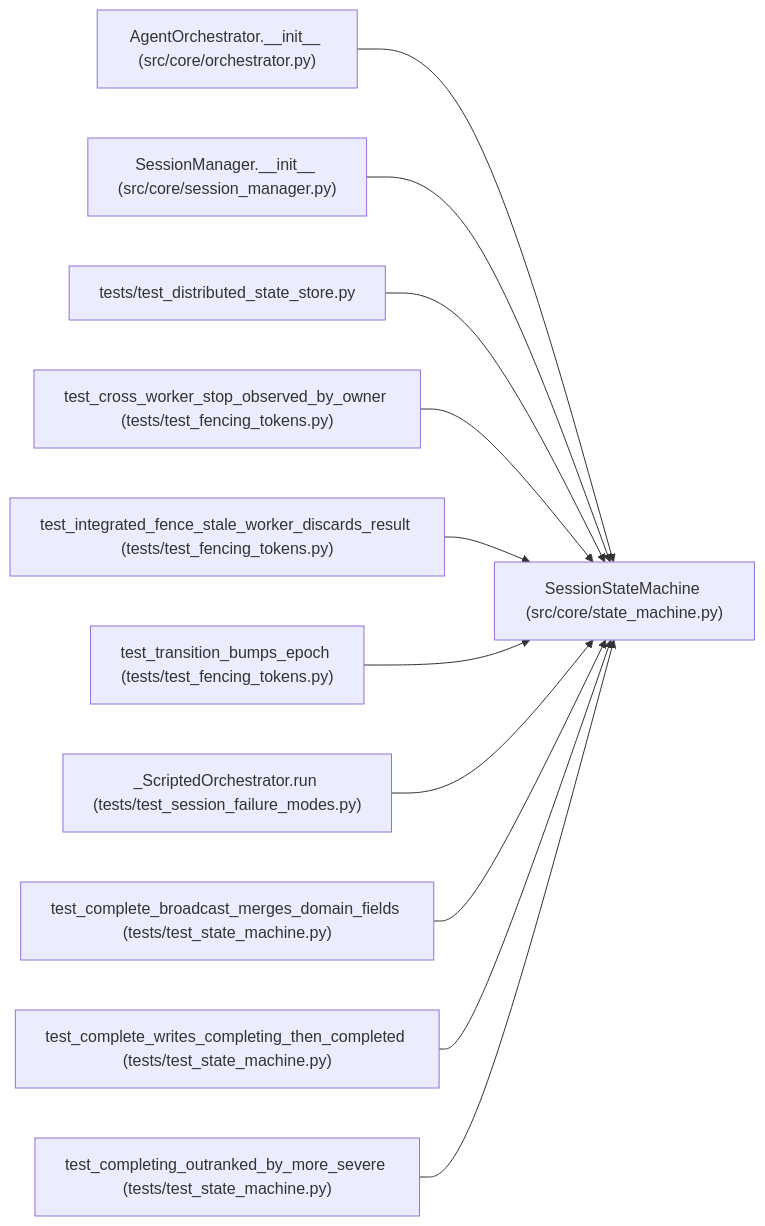
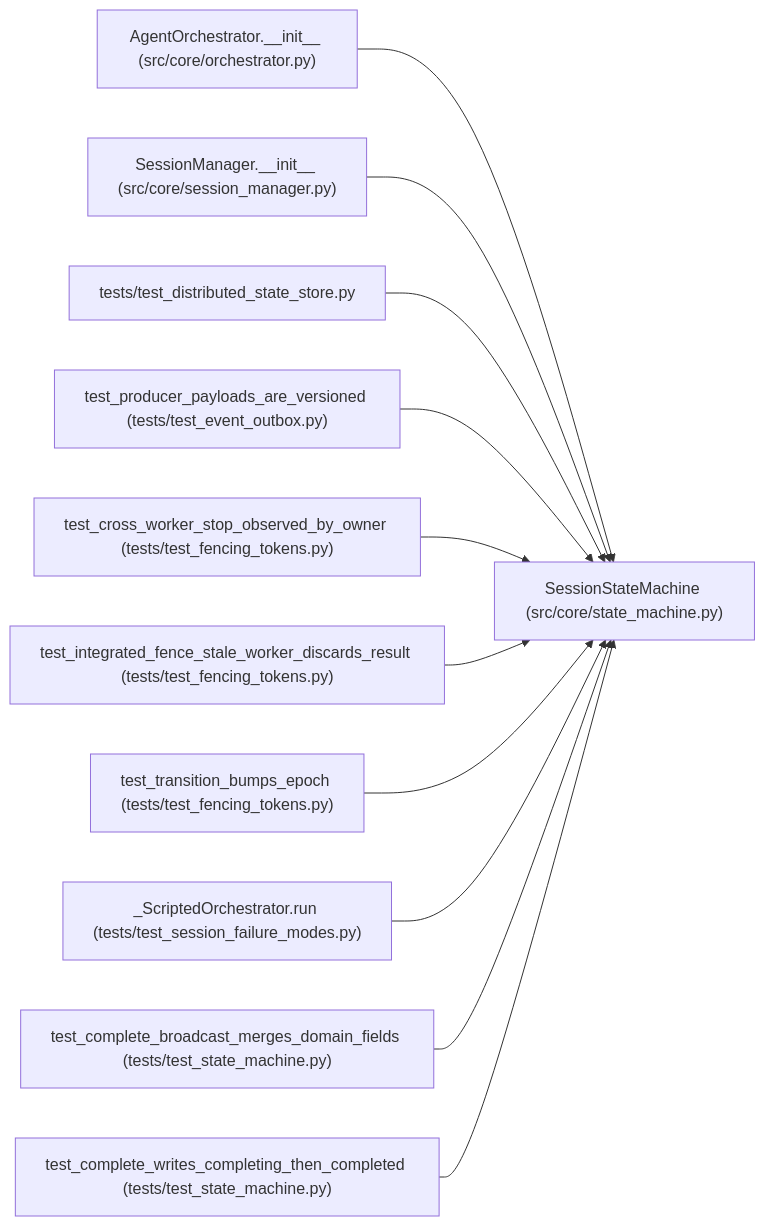
The diagram in docs/llm_wiki/entities/SessionStateMachine.md (Denissvgn/autoresearch-agent), drawn with Mermaid before and after one commit. The commit also changed other lines of this file and 1033 other files, not shown here.

````diff
--- a/docs/llm_wiki/entities/SessionStateMachine.md
+++ b/docs/llm_wiki/entities/SessionStateMachine.md
@@ -34,35 +34,35 @@
 ```mermaid
 flowchart LR
     n0["SessionStateMachine (src/core/state_machine.py)"]
     n1["AgentOrchestrator.__init__ (src/core/orchestrator.py)"]
     n2["SessionManager.__init__ (src/core/session_manager.py)"]
     n3["tests/test_distributed_state_store.py"]
-    n4["test_cross_worker_stop_observed_by_owner (tests/test_fencing_tokens.py)"]
-    n5["test_integrated_fence_stale_worker_discards_result (tests/test_fencing_tokens.py)"]
-    n6["test_transition_bumps_epoch (tests/test_fencing_tokens.py)"]
-    n7["_ScriptedOrchestrator.run (tests/test_session_failure_modes.py)"]
-    n8["test_complete_broadcast_merges_domain_fields (tests/test_state_machine.py)"]
-    n9["test_complete_writes_completing_then_completed (tests/test_state_machine.py)"]
-    n10["test_completing_outranked_by_more_severe (tests/test_state_machine.py)"]
+    n4["test_producer_payloads_are_versioned (tests/test_event_outbox.py)"]
+    n5["test_cross_worker_stop_observed_by_owner (tests/test_fencing_tokens.py)"]
+    n6["test_integrated_fence_stale_worker_discards_result (tests/test_fencing_tokens.py)"]
+    n7["test_transition_bumps_epoch (tests/test_fencing_tokens.py)"]
+    n8["_ScriptedOrchestrator.run (tests/test_session_failure_modes.py)"]
+    n9["test_complete_broadcast_merges_domain_fields (tests/test_state_machine.py)"]
+    n10["test_complete_writes_completing_then_completed (tests/test_state_machine.py)"]
     n1 --> n0
     n2 --> n0
     n3 --> n0
     n4 --> n0
     n5 --> n0
     n6 --> n0
     n7 --> n0
     n8 --> n0
     n9 --> n0
     n10 --> n0
     click n0 "../modules/state_machine.md"
     click n1 "../modules/orchestrator.md"
     click n2 "../modules/session_manager.md"
     click n3 "../modules/test_distributed_state_store.md"
-    click n4 "../modules/test_fencing_tokens.md"
+    click n4 "../modules/test_event_outbox.md"
     click n5 "../modules/test_fencing_tokens.md"
     click n6 "../modules/test_fencing_tokens.md"
-    click n7 "../modules/test_session_failure_modes.md"
-    click n8 "../modules/test_state_machine.md"
+    click n7 "../modules/test_fencing_tokens.md"
+    click n8 "../modules/test_session_failure_modes.md"
     click n9 "../modules/test_state_machine.md"
     click n10 "../modules/test_state_machine.md"
 ```
````
